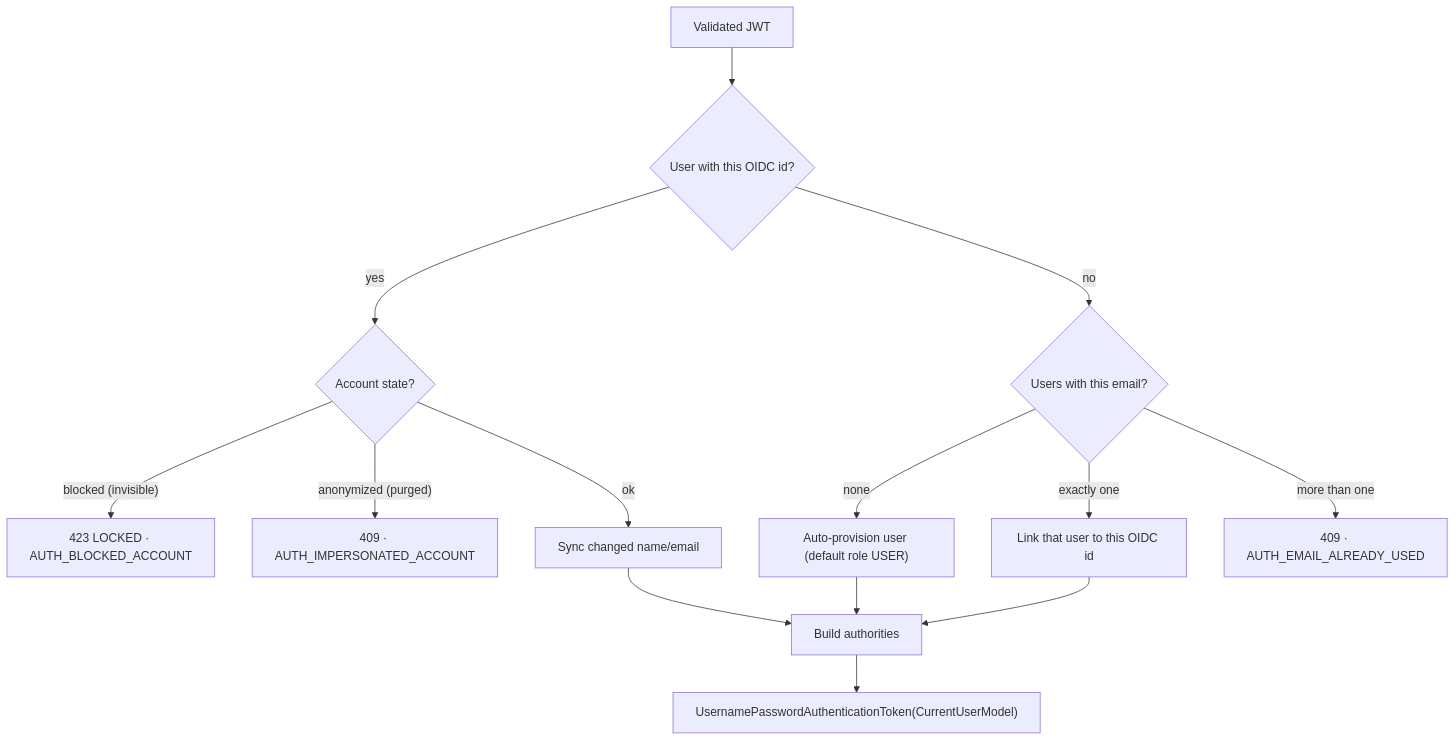
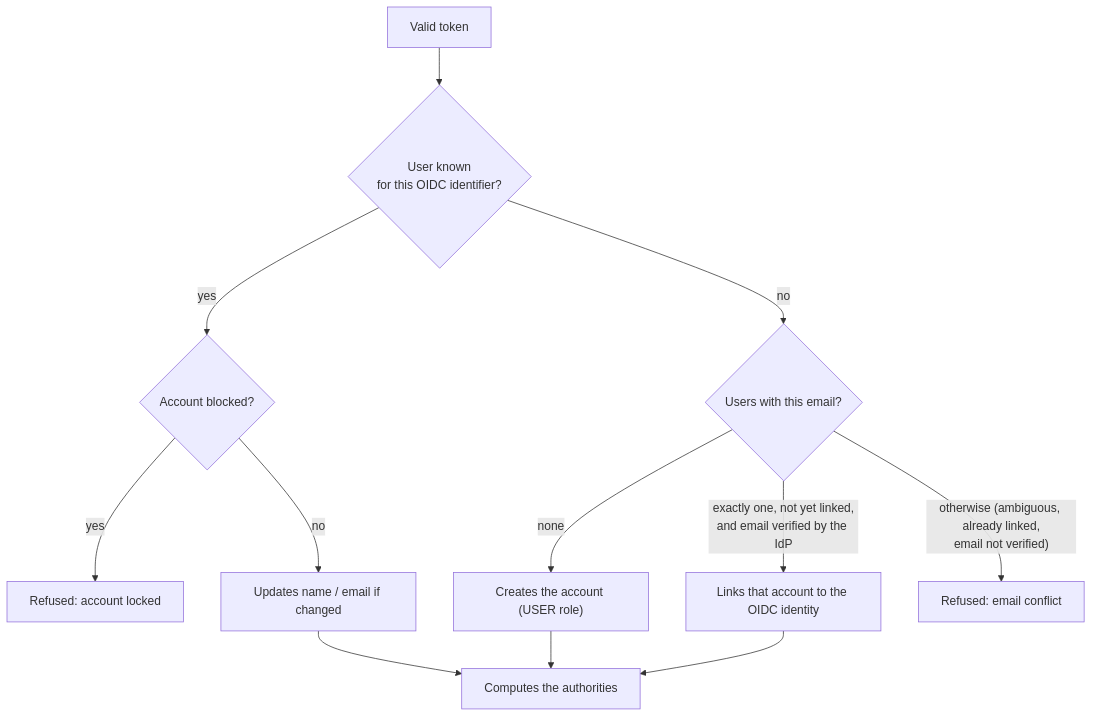
One commit to laucoin/Documentations changed the third of 3 diagrams in documentation/registry/technical/security.md. Above: the diagram before and after it, drawn with Mermaid. The commit also changed other lines of this file and 52 other files, not shown here.

````diff
--- a/documentation/registry/technical/security.md
+++ b/documentation/registry/technical/security.md
@@ -62,16 +96,14 @@
 ```mermaid
 flowchart TD
-    A["Validated JWT"] --> B{"User with this OIDC id?"}
-    B -- yes --> C{"Account state?"}
-    C -- "blocked (invisible)" --> X["423 LOCKED · AUTH_BLOCKED_ACCOUNT"]
-    C -- "anonymized (purged)" --> Y["409 · AUTH_IMPERSONATED_ACCOUNT"]
-    C -- ok --> D["Sync changed name/email"]
+    A["Valid token"] --> B{"User known<br/>for this OIDC identifier?"}
+    B -- yes --> C{"Account blocked?"}
+    C -- yes --> X["Refused: account locked"]
+    C -- no --> D["Updates name / email if changed"]
     B -- no --> E{"Users with this email?"}
-    E -- "none" --> F["Auto-provision user (default role USER)"]
-    E -- "exactly one" --> L["Link that user to this OIDC id"]
-    E -- "more than one" --> Z["409 · AUTH_EMAIL_ALREADY_USED"]
-    D --> G["Build authorities"]
+    E -- none --> F["Creates the account (USER role)"]
+    E -- "exactly one, not yet linked,<br/>and email verified by the IdP" --> L["Links that account to the OIDC identity"]
+    E -- "otherwise (ambiguous, already linked,<br/>email not verified)" --> Z["Refused: email conflict"]
+    D --> G["Computes the authorities"]
     F --> G
     L --> G
-    G --> H["UsernamePasswordAuthenticationToken(CurrentUserModel)"]
 ```
````
